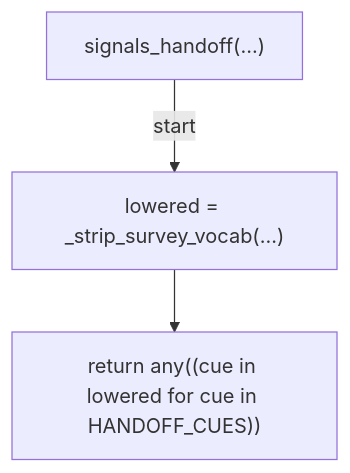
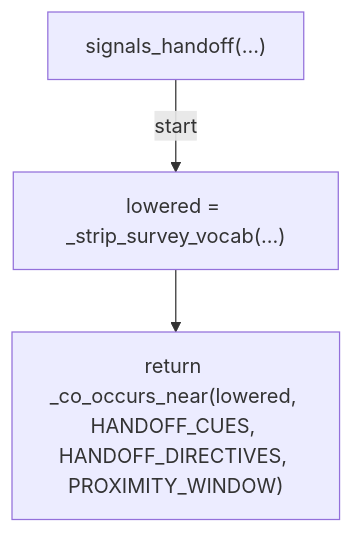
The eighth of 14 diagrams in docs/generated/scripts/ast/stop_new_session_handoff_prompt.md (tvna/claude-md), drawn with Mermaid before and after one commit. The commit also changed other lines of this file, not shown here.

First line of the commit message:
docs(generated): regenerate decision tree and workflow diagrams

````diff
--- a/docs/generated/scripts/ast/stop_new_session_handoff_prompt.md
+++ b/docs/generated/scripts/ast/stop_new_session_handoff_prompt.md
@@ -95,8 +127,8 @@
 ```mermaid
 flowchart TD
     N001["signals_handoff(...)"]
     N002["lowered = _strip_survey_vocab(...)"]
-    N003["return any((cue in lowered for cue in HANDOFF_CUES))"]
+    N003["return _co_occurs_near(lowered, HANDOFF_CUES, HANDOFF_DIRECTIVES, PROXIMITY_WINDOW)"]
     N001 -->|"start"| N002
     N002 --> N003
 ```
````
